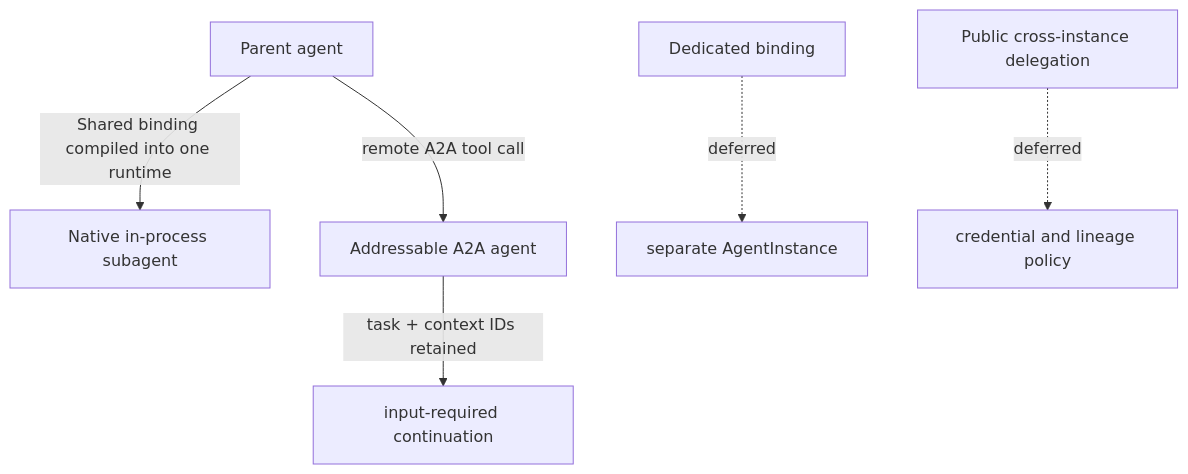
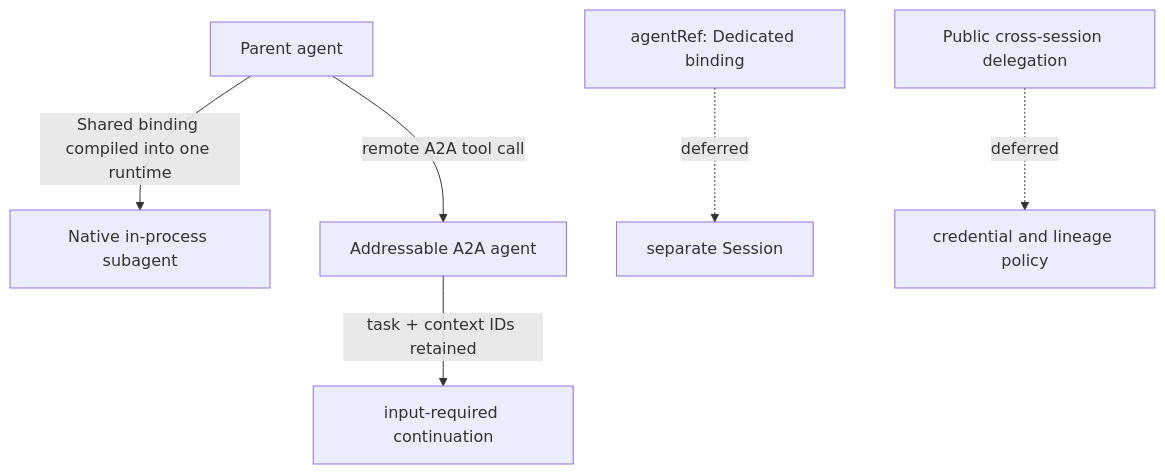
Before and after one commit to kagent-dev/kagent: the diagram in docs/architecture/a2a-subagents.md, drawn with Mermaid. The commit also changed other lines of this file and 418 other files, not shown here.

````diff
--- a/docs/architecture/a2a-subagents.md
+++ b/docs/architecture/a2a-subagents.md
@@ -5,9 +5,9 @@
 ```mermaid
 flowchart TB
     PARENT[Parent agent]
     PARENT -->|Shared binding compiled into one runtime| LOCAL[Native in-process subagent]
     PARENT -->|remote A2A tool call| REMOTE[Addressable A2A agent]
     REMOTE -->|task + context IDs retained| CONTINUE[input-required continuation]
-    DEDICATED[Dedicated binding] -. deferred .-> SEPARATE[separate AgentInstance]
-    PUBLIC[Public cross-instance delegation] -. deferred .-> POLICY[credential and lineage policy]
+    DEDICATED[agentRef: Dedicated binding] -. deferred .-> SEPARATE[separate Session]
+    PUBLIC[Public cross-session delegation] -. deferred .-> POLICY[credential and lineage policy]
 ```
````
